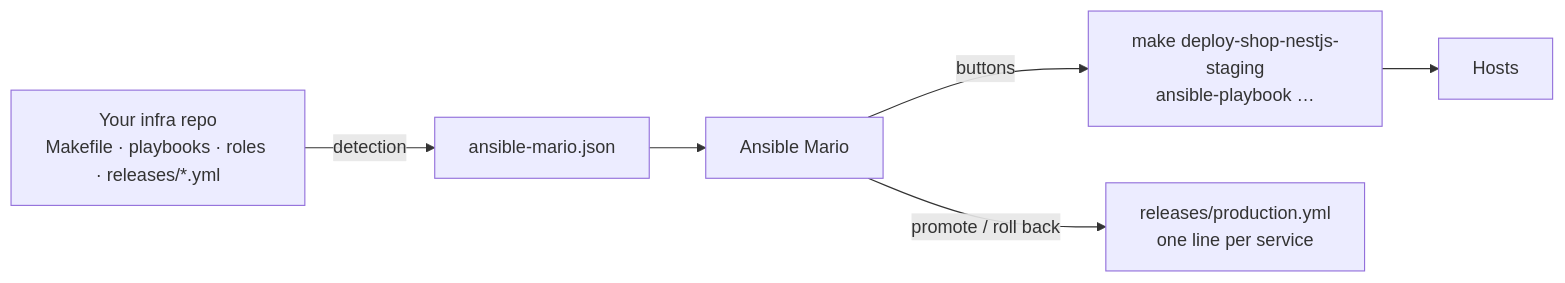
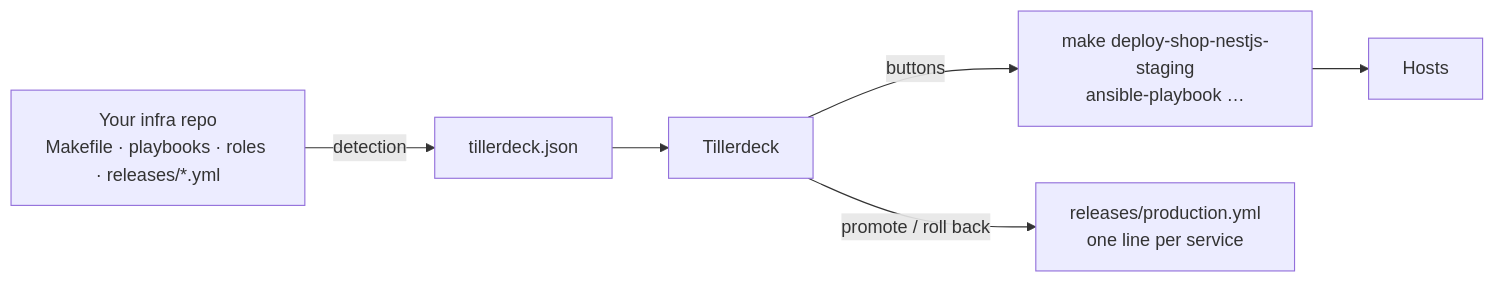
Before and after one commit to mariocosttaa/tillerdeck: the diagram in README.md, drawn with Mermaid. The commit also changed other lines of this file and 31 other files, not shown here.

First line of the commit message:
refactor!: rename Ansible Mario to Tillerdeck

````diff
--- a/README.md
+++ b/README.md
@@ -50,8 +57,8 @@
 ```mermaid
 flowchart LR
-  R[Your infra repo<br/>Makefile · playbooks · roles · releases/*.yml] -->|detection| M[ansible-mario.json]
-  M --> A[Ansible Mario]
+  R[Your infra repo<br/>Makefile · playbooks · roles · releases/*.yml] -->|detection| M[tillerdeck.json]
+  M --> A[Tillerdeck]
   A -->|buttons| C["make deploy-shop-nestjs-staging<br/>ansible-playbook …"]
   C --> H[Hosts]
   A -->|promote / roll back| REL[releases/production.yml<br/>one line per service]
 ```
````
